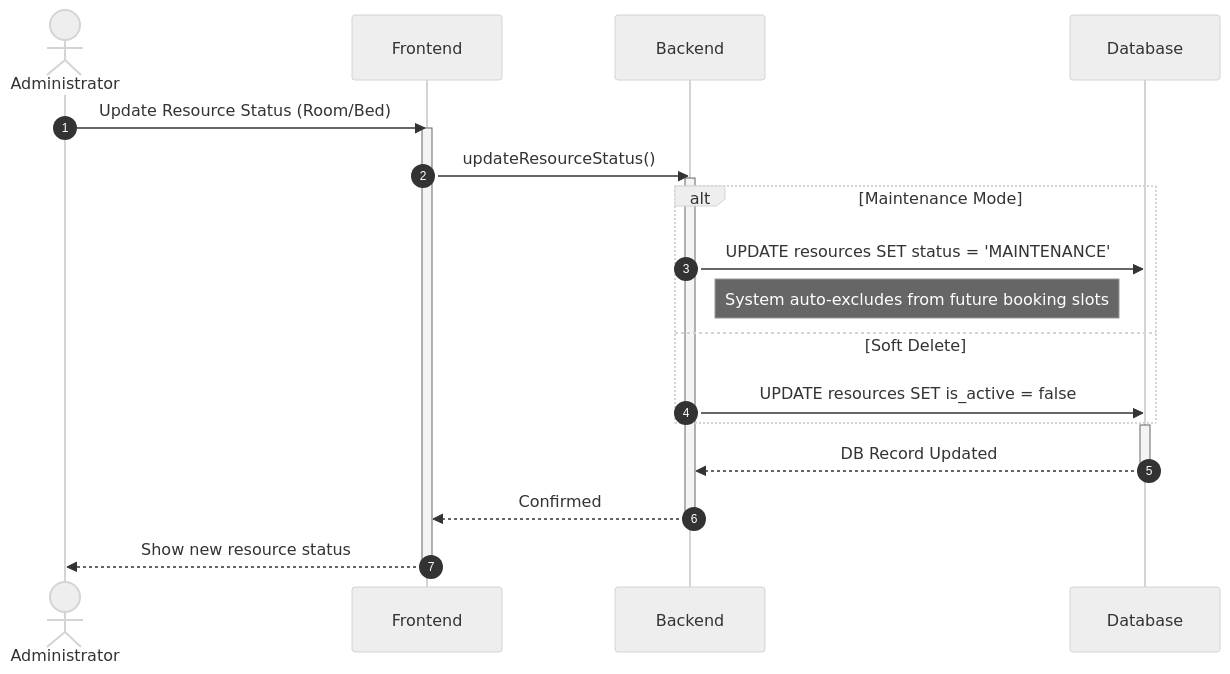
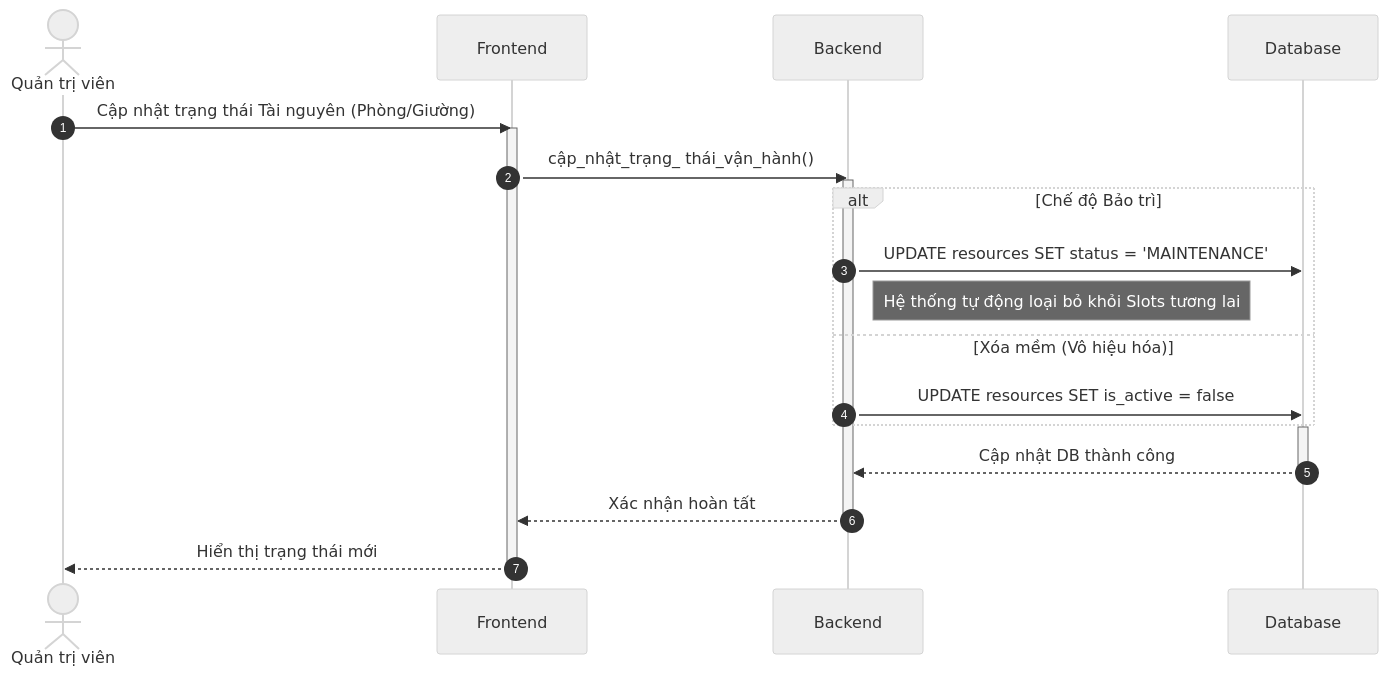
One commit to ngoctinn/Synapse changed the second of 3 diagrams in docs/design/sequences_simplified/admin_flows.md. Above: the diagram before and after it, drawn with Mermaid (neutral theme). The commit also changed other lines of this file and 4 other files, not shown here.

Commit message:
docs: Add simplified sequence diagrams for authentication and various user flows.

````diff
--- a/docs/design/sequences_simplified/admin_flows.md
+++ b/docs/design/sequences_simplified/admin_flows.md
@@ -70,28 +42,28 @@
 ```mermaid
 sequenceDiagram
     autonumber
-    actor Admin as Administrator
+    actor Admin as Quản trị viên
     participant FE as Frontend
     participant BE as Backend
     participant DB as Database
 
-    Admin->>FE: Update Resource Status (Room/Bed)
+    Admin->>FE: Cập nhật trạng thái Tài nguyên (Phòng/Giường)
     activate FE
-    FE->>BE: updateResourceStatus()
+    FE->>BE: cập_nhật_trạng_ thái_vận_hành()
     activate BE
 
-    alt Maintenance Mode
+    alt Chế độ Bảo trì
         BE->>DB: UPDATE resources SET status = 'MAINTENANCE'
-        Note right of BE: System auto-excludes from future booking slots
-    else Soft Delete
+        Note right of BE: Hệ thống tự động loại bỏ khỏi Slots tương lai
+    else Xóa mềm (Vô hiệu hóa)
         BE->>DB: UPDATE resources SET is_active = false
     end
 
     activate DB
-    DB-->>BE: DB Record Updated
+    DB-->>BE: Cập nhật DB thành công
     deactivate DB
-    BE-->>FE: Confirmed
+    BE-->>FE: Xác nhận hoàn tất
     deactivate BE
-    FE-->>Admin: Show new resource status
+    FE-->>Admin: Hiển thị trạng thái mới
     deactivate FE
 ```
````
